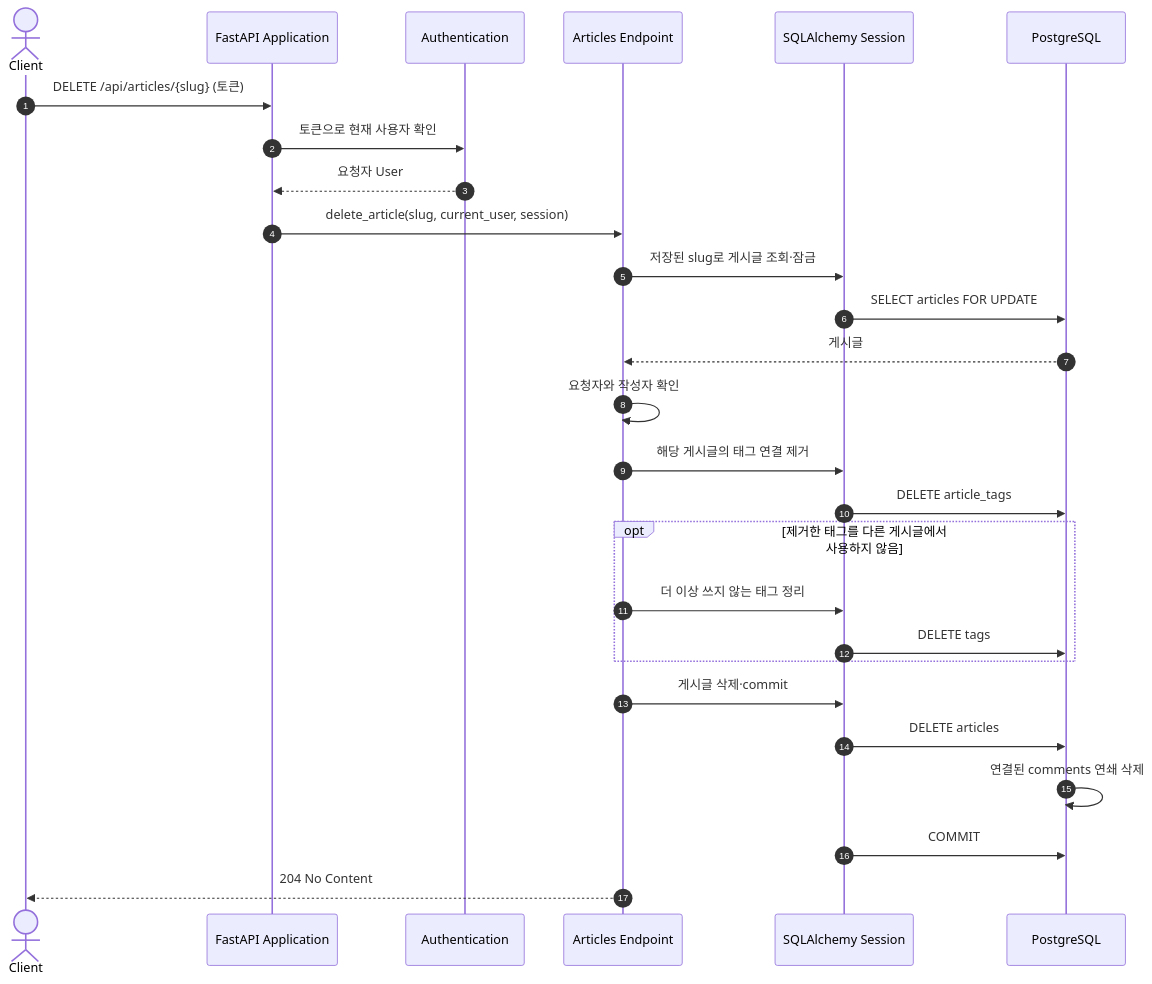
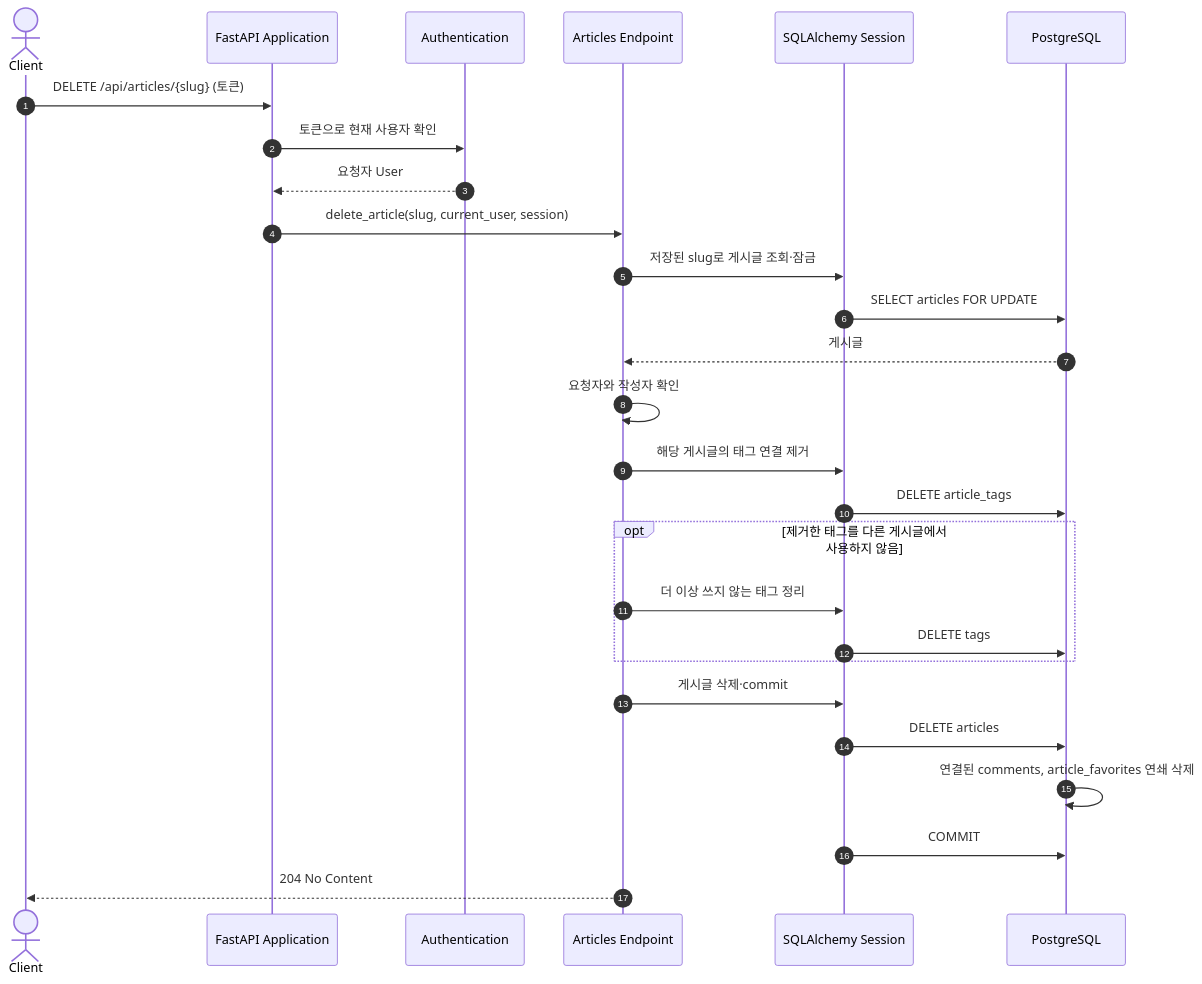
One commit to chahoseong/realworld-fastapi-backend changed the second of 2 diagrams in docs/architecture/flows/article-update-and-deletion.md. Above: the diagram before and after it, drawn with Mermaid. The commit also changed other lines of this file and 2 other files, not shown here.

Commit message:
feat: Update article response to include favorite status and count; enhance documentation and tests for article update and deletion flows

````diff
--- a/docs/architecture/flows/article-update-and-deletion.md
+++ b/docs/architecture/flows/article-update-and-deletion.md
@@ -63,30 +68,30 @@
 ```mermaid
 sequenceDiagram
     autonumber
     actor Client
     participant App as FastAPI Application
     participant Auth as Authentication
     participant Endpoint as Articles Endpoint
     participant Session as SQLAlchemy Session
     participant DB as PostgreSQL
 
     Client->>App: DELETE /api/articles/{slug} (토큰)
     App->>Auth: 토큰으로 현재 사용자 확인
     Auth-->>App: 요청자 User
     App->>Endpoint: delete_article(slug, current_user, session)
     Endpoint->>Session: 저장된 slug로 게시글 조회·잠금
     Session->>DB: SELECT articles FOR UPDATE
     DB-->>Endpoint: 게시글
     Endpoint->>Endpoint: 요청자와 작성자 확인
     Endpoint->>Session: 해당 게시글의 태그 연결 제거
     Session->>DB: DELETE article_tags
     opt 제거한 태그를 다른 게시글에서 사용하지 않음
         Endpoint->>Session: 더 이상 쓰지 않는 태그 정리
         Session->>DB: DELETE tags
     end
     Endpoint->>Session: 게시글 삭제·commit
     Session->>DB: DELETE articles
-    DB->>DB: 연결된 comments 연쇄 삭제
+    DB->>DB: 연결된 comments, article_favorites 연쇄 삭제
     Session->>DB: COMMIT
     Endpoint-->>Client: 204 No Content
 ```
````
